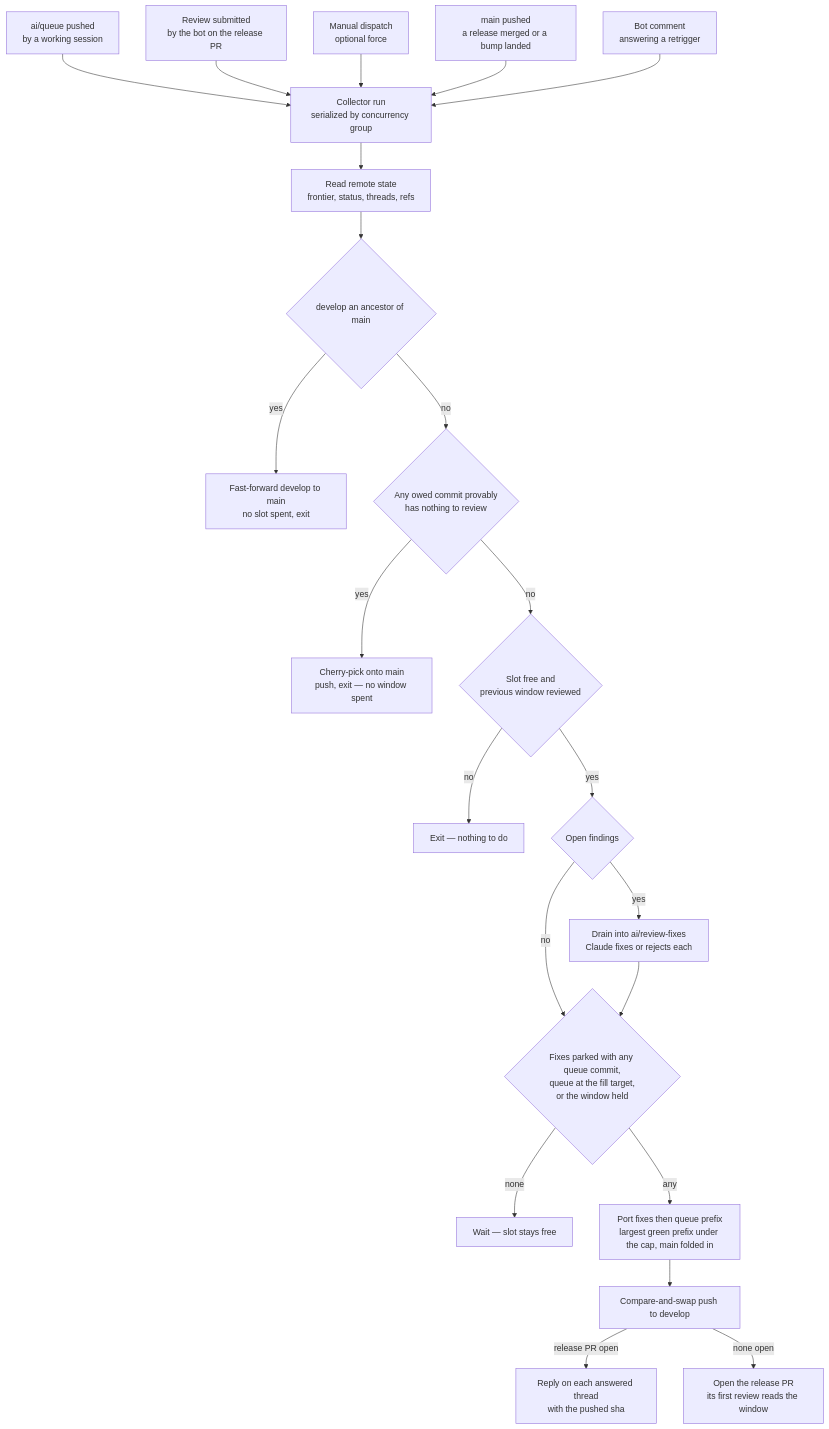
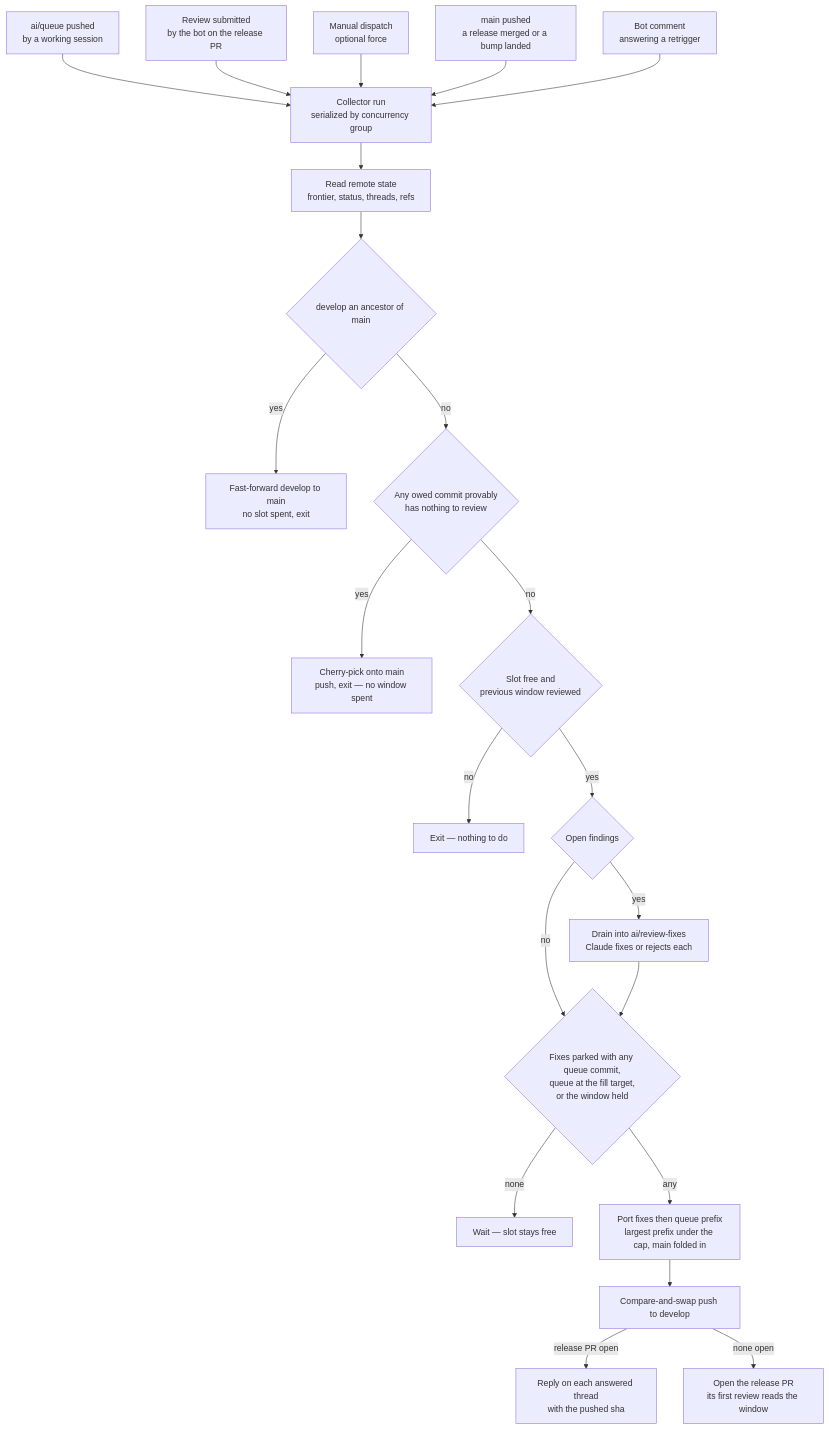
Before and after one commit to Esposter/Esposter: the diagram in apps/web/content/docs/infra/review-collector/index.md, drawn with Mermaid. The commit also changed other lines of this file and 14 other files, not shown here.

````diff
--- a/apps/web/content/docs/infra/review-collector/index.md
+++ b/apps/web/content/docs/infra/review-collector/index.md
@@ -28,24 +28,24 @@
 ```mermaid
 flowchart TD
   A[ai/queue pushed<br/>by a working session] --> C
   F[Review submitted<br/>by the bot on the release PR] --> C
   D[Manual dispatch<br/>optional force] --> C
   MN[main pushed<br/>a release merged or a bump landed] --> C
   CM[Bot comment<br/>answering a retrigger] --> C
   C[Collector run<br/>serialized by concurrency group] --> R[Read remote state<br/>frontier, status, threads, refs]
   R --> RS{develop an ancestor of main}
   RS -->|yes| FF[Fast-forward develop to main<br/>no slot spent, exit]
   RS -->|no| E{Any owed commit provably<br/>has nothing to review}
   E -->|yes| EX[Cherry-pick onto main<br/>push, exit — no window spent]
   E -->|no| G{Slot free and<br/>previous window reviewed}
   G -->|no| X[Exit — nothing to do]
   G -->|yes| O{Open findings}
   O -->|yes| DR[Drain into ai/review-fixes<br/>Claude fixes or rejects each]
   O -->|no| P
   DR --> P{Fixes parked with any queue commit,<br/>queue at the fill target,<br/>or the window held}
   P -->|none| PK[Wait — slot stays free]
-  P -->|any| W[Port fixes then queue prefix<br/>largest green prefix under the cap, main folded in]
+  P -->|any| W[Port fixes then queue prefix<br/>largest prefix under the cap, main folded in]
   W --> PU[Compare-and-swap push to develop]
   PU -->|release PR open| RP[Reply on each answered thread<br/>with the pushed sha]
   PU -->|none open| OP[Open the release PR<br/>its first review reads the window]
 ```
````
